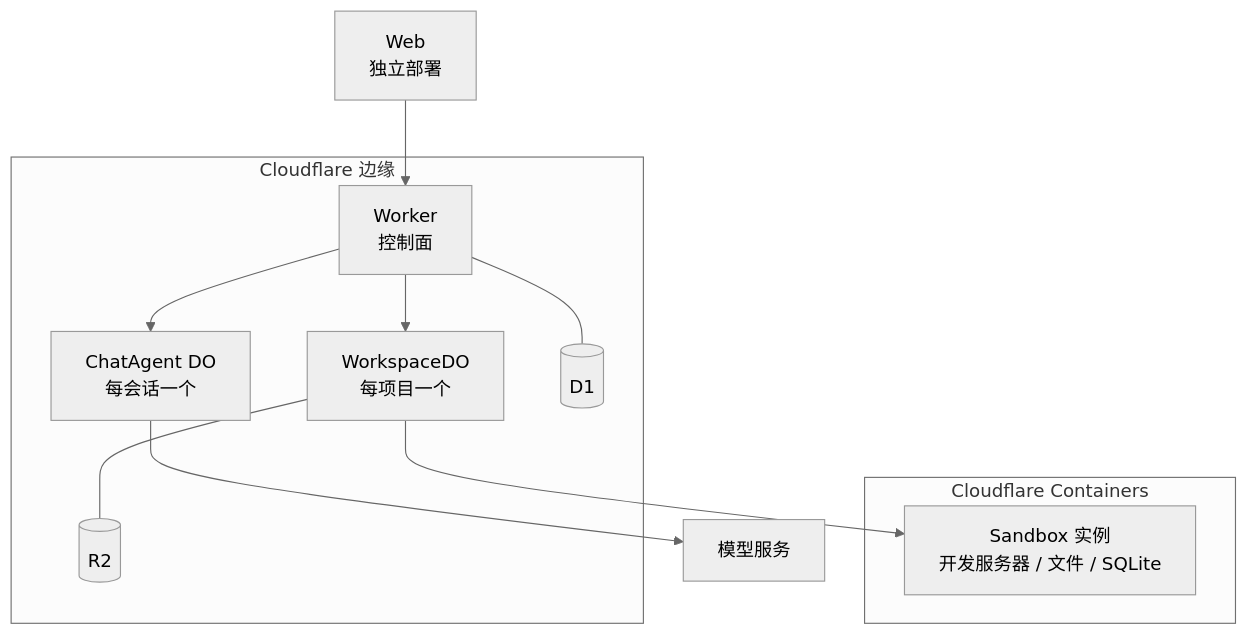
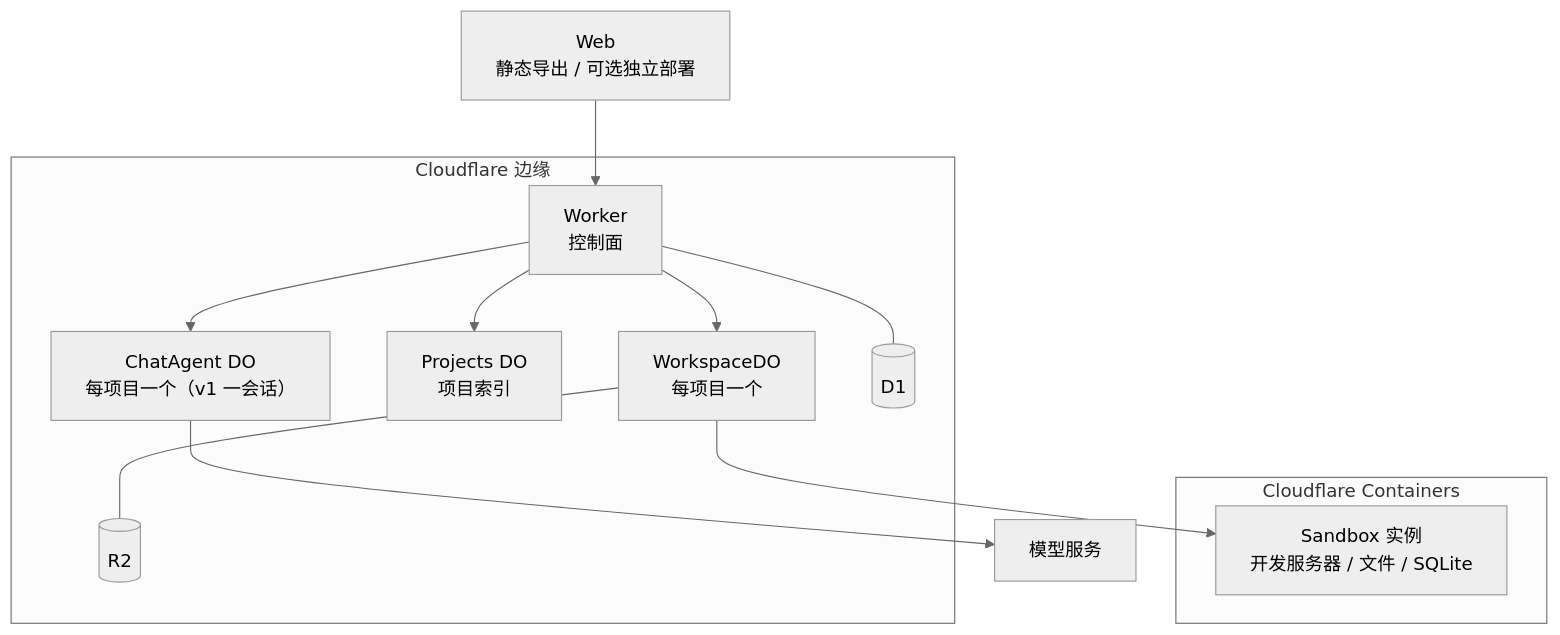
One commit to fengyj/atoms-lite changed the second of 6 diagrams in docs/architecture/system-architecture.md. Above: the diagram before and after it, drawn with Mermaid (neutral theme). The commit also changed other lines of this file and 13 other files, not shown here.

Commit message:
docs: reconcile design and architecture with v1 implementation

````diff
--- a/docs/architecture/system-architecture.md
+++ b/docs/architecture/system-architecture.md
@@ -64,22 +71,24 @@
 ```mermaid
 flowchart TB
   subgraph edge["Cloudflare 边缘"]
     worker["Worker<br/>控制面"]
-    chat["ChatAgent DO<br/>每会话一个"]
+    chat["ChatAgent DO<br/>每项目一个（v1 一会话）"]
+    projects["Projects DO<br/>项目索引"]
     ws["WorkspaceDO<br/>每项目一个"]
     d1[("D1")]
     r2[("R2")]
   end
 
   subgraph containers["Cloudflare Containers"]
     c1["Sandbox 实例<br/>开发服务器 / 文件 / SQLite"]
   end
 
-  web["Web<br/>独立部署"] --> worker
+  web["Web<br/>静态导出 / 可选独立部署"] --> worker
   worker --> chat
+  worker --> projects
   worker --> ws
   ws --> c1
   chat --> model["模型服务"]
   worker --- d1
   ws --- r2
 ```
````
